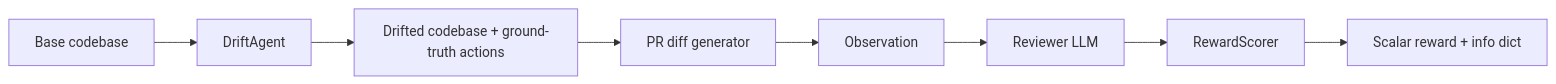
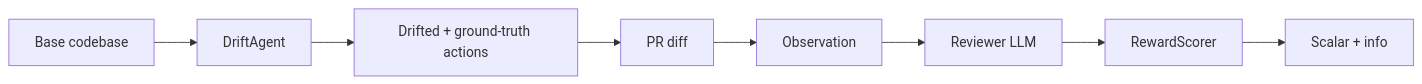
The first of 2 diagrams in README.md (bansalbhunesh/codedrift-arena), drawn with Mermaid before and after one commit. The commit also changed other lines of this file, not shown here.

````diff
--- a/README.md
+++ b/README.md
@@ -124,10 +196,10 @@
 ```mermaid
 flowchart LR
   Base[Base codebase] --> Drift[DriftAgent]
-  Drift --> Drifted[Drifted codebase + ground-truth actions]
-  Drifted --> Diff[PR diff generator]
+  Drift --> Drifted[Drifted + ground-truth actions]
+  Drifted --> Diff[PR diff]
   Diff --> Obs[Observation]
   Obs --> Reviewer[Reviewer LLM]
   Reviewer --> Score[RewardScorer]
-  Score --> Reward[Scalar reward + info dict]
+  Score --> Reward[Scalar + info]
 ```
````
